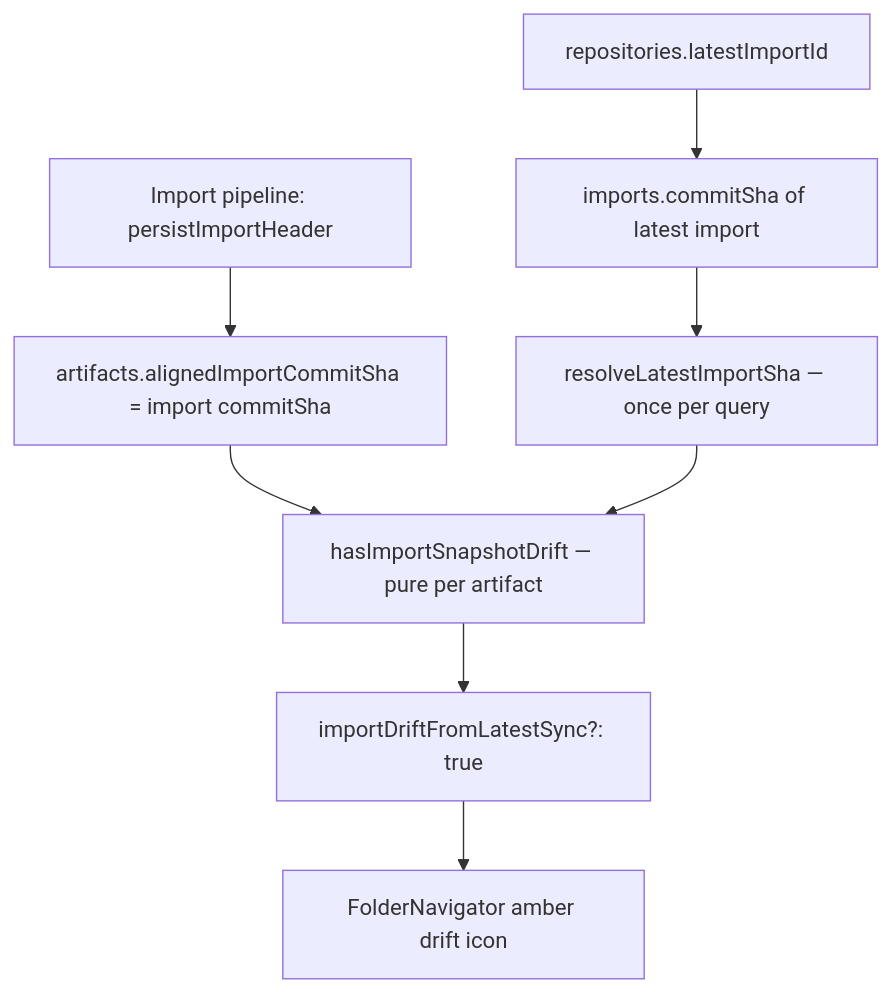
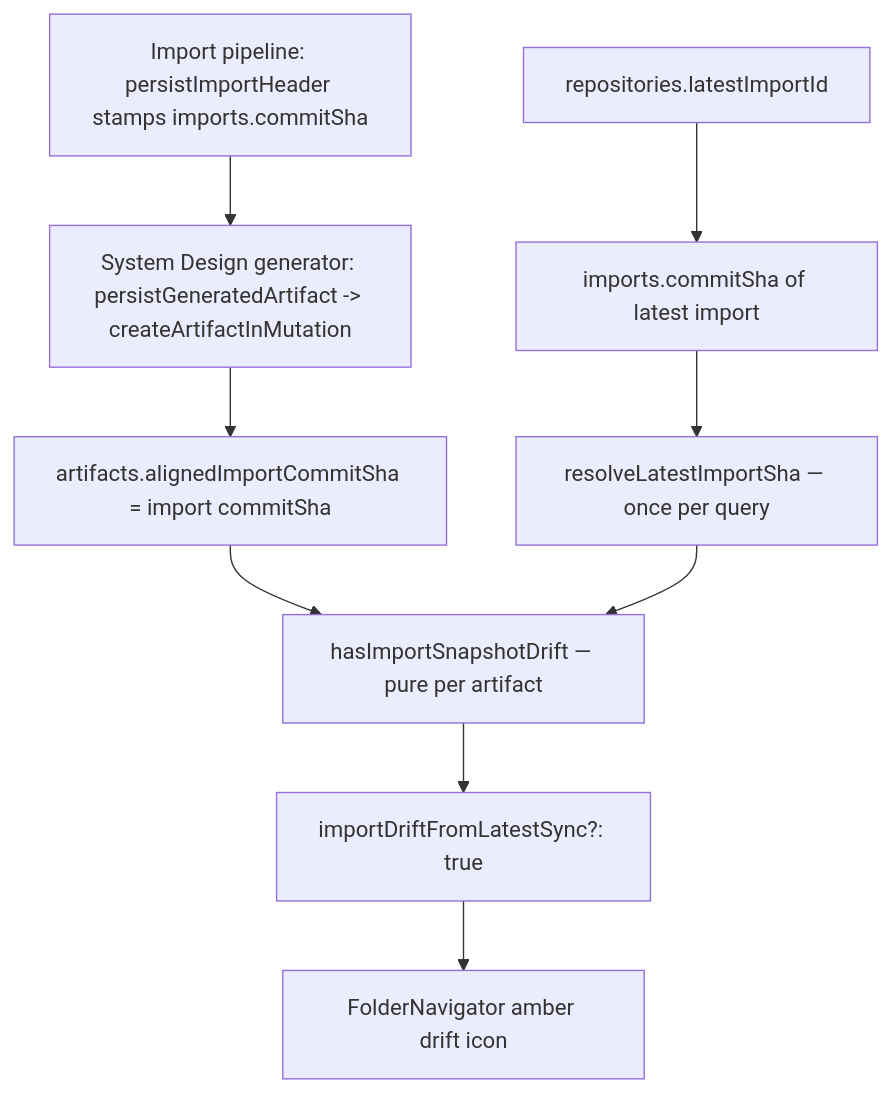
The diagram in docs/artifact-import-drift-system-design.md (EricTsai83/systify), drawn with Mermaid before and after one commit. The commit also changed other lines of this file and 31 other files, not shown here.

````diff
--- a/docs/artifact-import-drift-system-design.md
+++ b/docs/artifact-import-drift-system-design.md
@@ -40,16 +40,17 @@
 ```mermaid
 flowchart TD
-  Import[Import pipeline: persistImportHeader]
+  Import[Import pipeline: persistImportHeader stamps imports.commitSha]
+  Generator[System Design generator: persistGeneratedArtifact -> createArtifactInMutation]
   Aligned[artifacts.alignedImportCommitSha = import commitSha]
   LatestPtr[repositories.latestImportId]
   LatestSha[imports.commitSha of latest import]
   Resolve[resolveLatestImportSha — once per query]
   Compare[hasImportSnapshotDrift — pure per artifact]
   Flag[importDriftFromLatestSync?: true]
   UI[FolderNavigator amber drift icon]
 
-  Import --> Aligned
+  Import --> Generator --> Aligned
   LatestPtr --> LatestSha --> Resolve
   Aligned --> Compare
   Resolve --> Compare --> Flag --> UI
 ```
````
